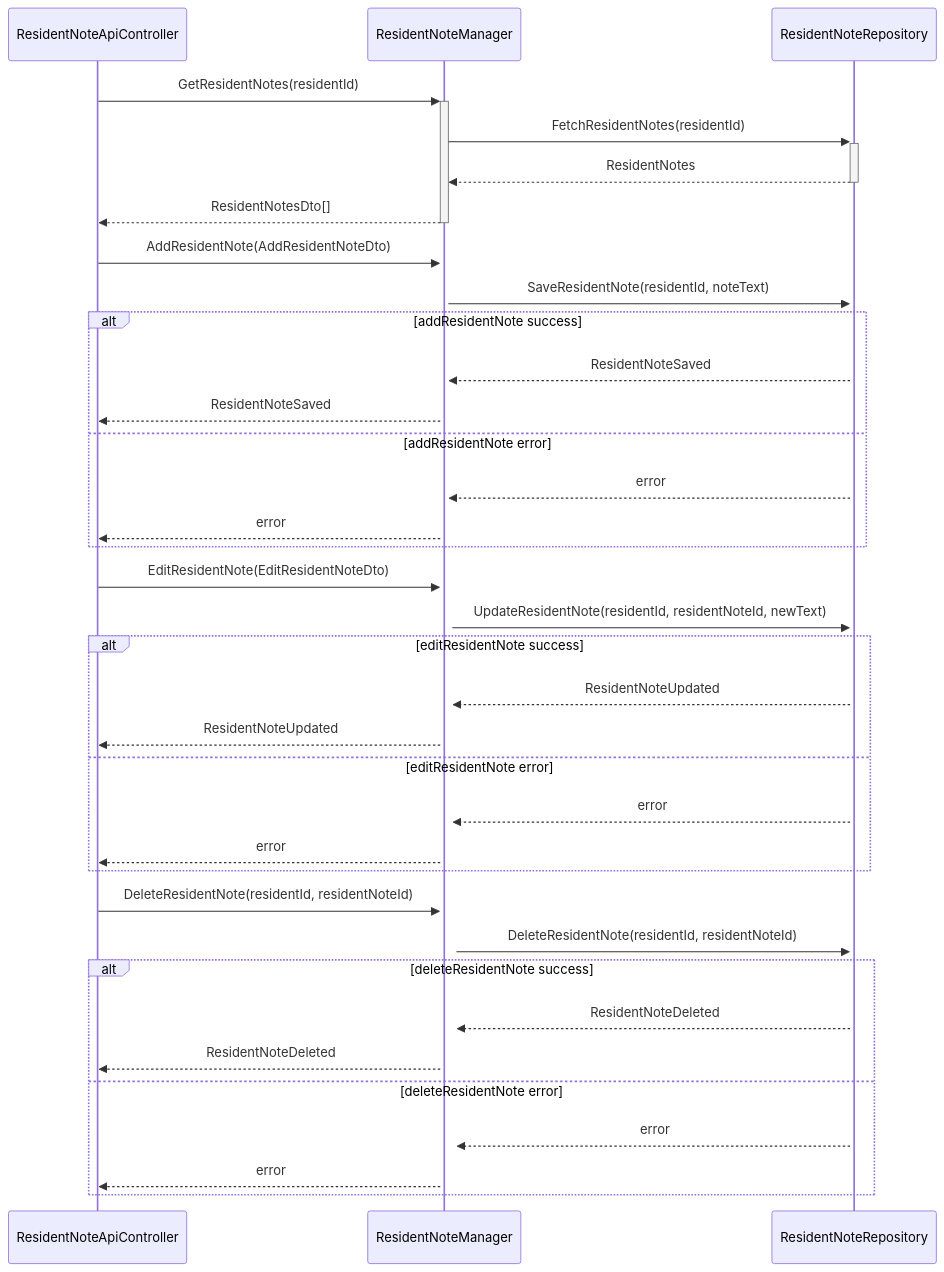
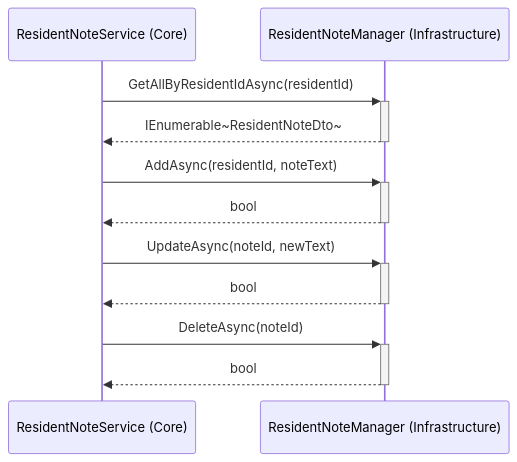
Before and after one commit to DMOoF25-Team6/Slottets-Drifttavlen: the second of 3 diagrams in docs/use-cases/uc-002-dashBoard-residentNote/uc-002.sd.0004.md, drawn with Mermaid. The commit also changed other lines of this file and 1 other file, not shown here.

First line of the commit message:
docs: UC002 - sync SD and DCD with implemented architecture

````diff
--- a/docs/use-cases/uc-002-dashBoard-residentNote/uc-002.sd.0004.md
+++ b/docs/use-cases/uc-002-dashBoard-residentNote/uc-002.sd.0004.md
@@ -49,44 +49,17 @@
 ```mermaid
 sequenceDiagram
-    %% WebApi Layer
-    participant ResidentNoteApiController as ResidentNoteApiController
+    participant ResidentNoteService as ResidentNoteService (Core)
+    participant ResidentNoteManager as ResidentNoteManager (Infrastructure)
 
-    %% Infrastructure - Data Access
-    participant ResidentNoteManager as ResidentNoteManager
-    participant Repository as ResidentNoteRepository
+    ResidentNoteService->>+ResidentNoteManager: GetAllByResidentIdAsync(residentId)
+    ResidentNoteManager-->>-ResidentNoteService: IEnumerable~ResidentNoteDto~
 
-    ResidentNoteApiController->>+ResidentNoteManager: GetResidentNotes(residentId)
-    ResidentNoteManager->>+Repository: FetchResidentNotes(residentId)
-    Repository-->>-ResidentNoteManager: ResidentNotes
-    ResidentNoteManager-->>-ResidentNoteApiController: ResidentNotesDto[]
+    ResidentNoteService->>+ResidentNoteManager: AddAsync(residentId, noteText)
+    ResidentNoteManager-->>-ResidentNoteService: bool
 
-    ResidentNoteApiController->>+ResidentNoteManager: AddResidentNote(AddResidentNoteDto)
-    ResidentNoteManager->>+Repository: SaveResidentNote(residentId, noteText)
-    alt addResidentNote success
-        Repository-->>ResidentNoteManager: ResidentNoteSaved
-        ResidentNoteManager-->>ResidentNoteApiController: ResidentNoteSaved
-    else addResidentNote error
-        Repository-->>ResidentNoteManager: error
-        ResidentNoteManager-->>ResidentNoteApiController: error
-    end
+    ResidentNoteService->>+ResidentNoteManager: UpdateAsync(noteId, newText)
+    ResidentNoteManager-->>-ResidentNoteService: bool
 
-    ResidentNoteApiController->>+ResidentNoteManager: EditResidentNote(EditResidentNoteDto)
-    ResidentNoteManager->>+Repository: UpdateResidentNote(residentId, residentNoteId, newText)
-    alt editResidentNote success
-        Repository-->>ResidentNoteManager: ResidentNoteUpdated
-        ResidentNoteManager-->>ResidentNoteApiController: ResidentNoteUpdated
-    else editResidentNote error
-        Repository-->>ResidentNoteManager: error
-        ResidentNoteManager-->>ResidentNoteApiController: error
-    end
-
-    ResidentNoteApiController->>+ResidentNoteManager: DeleteResidentNote(residentId, residentNoteId)
-    ResidentNoteManager->>+Repository: DeleteResidentNote(residentId, residentNoteId)
-    alt deleteResidentNote success
-        Repository-->>ResidentNoteManager: ResidentNoteDeleted
-        ResidentNoteManager-->>ResidentNoteApiController: ResidentNoteDeleted
-    else deleteResidentNote error
-        Repository-->>ResidentNoteManager: error
-        ResidentNoteManager-->>ResidentNoteApiController: error
-    end
+    ResidentNoteService->>+ResidentNoteManager: DeleteAsync(noteId)
+    ResidentNoteManager-->>-ResidentNoteService: bool
 ```
````
